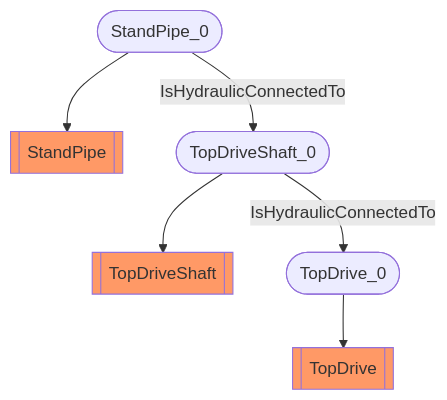
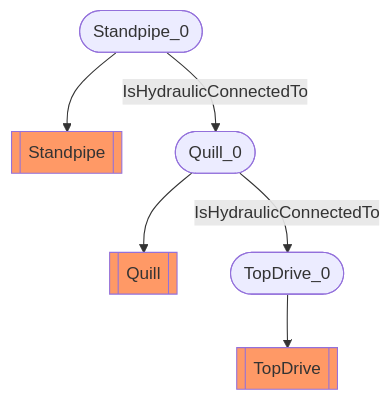
One commit to D-WIS/DDHub-Semantic-Interoperability changed the diagram in docs/vocabulary_development/auto-generated/md/examples/Top-drive hydraulic circuit.md. Above: the diagram before and after it, drawn with Mermaid. The commit also changed other lines of this file and 27 other files, not shown here.

````diff
--- a/docs/vocabulary_development/auto-generated/md/examples/Top-drive hydraulic circuit.md
+++ b/docs/vocabulary_development/auto-generated/md/examples/Top-drive hydraulic circuit.md
@@ -7,10 +7,10 @@
 ```mermaid
 flowchart TD
 	 classDef typeClass fill:#f96;
 	 classDef classClass fill:#9dd0ff;
-	StandPipe_0([StandPipe_0]) --> StandPipe[[StandPipe]]:::typeClass
-	TopDriveShaft_0([TopDriveShaft_0]) --> TopDriveShaft[[TopDriveShaft]]:::typeClass
+	Standpipe_0([Standpipe_0]) --> Standpipe[[Standpipe]]:::typeClass
+	Quill_0([Quill_0]) --> Quill[[Quill]]:::typeClass
 	TopDrive_0([TopDrive_0]) --> TopDrive[[TopDrive]]:::typeClass
-	 StandPipe_0 -- IsHydraulicConnectedTo --> TopDriveShaft_0 
-	 TopDriveShaft_0 -- IsHydraulicConnectedTo --> TopDrive_0 
+	 Standpipe_0 -- IsHydraulicConnectedTo --> Quill_0 
+	 Quill_0 -- IsHydraulicConnectedTo --> TopDrive_0 
 ```
````
